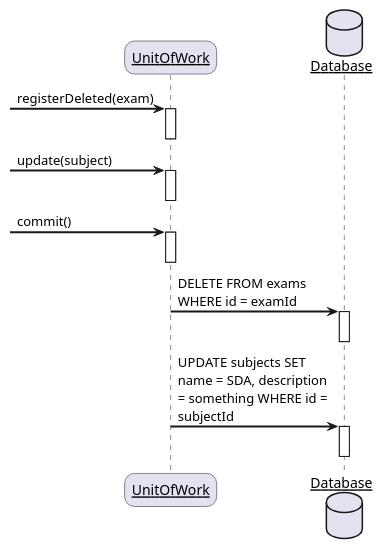
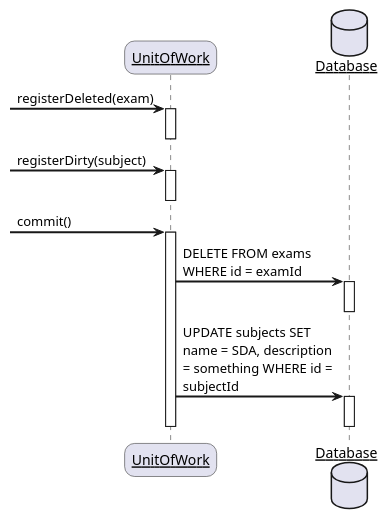
The diagram in docs/diagrams/unitOfWork.puml (omjadas/ekzameno), drawn with PlantUML before and after one commit.

Commit message:
fix: uml-UnitOfWork

```diff
--- a/docs/diagrams/unitOfWork.puml
+++ b/docs/diagrams/unitOfWork.puml
@@ -1,35 +1,34 @@
 @startuml
 skinparam sequenceArrowThickness 2
 skinparam roundcorner 20
 skinparam maxmessagesize 150
 skinparam sequenceParticipant underline
 
 participant "UnitOfWork" as A
 database Database as B
 
 -> A: registerDeleted(exam)
 activate A
 
 deactivate A
 
--> A: update(subject)
+-> A: registerDirty(subject)
 activate A
 
 deactivate A
 
  -> A: commit()
 activate A
-
-deactivate A
 
 A -> B: DELETE FROM exams WHERE id = examId
 activate B
 
 deactivate B 
 
 A -> B:  UPDATE subjects SET name = SDA, description = something WHERE id = subjectId
 activate B
 
 deactivate B
 
+deactivate A
 @enduml
```
